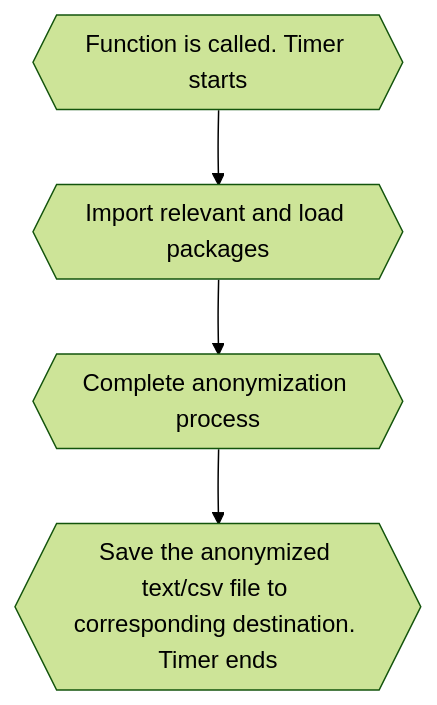
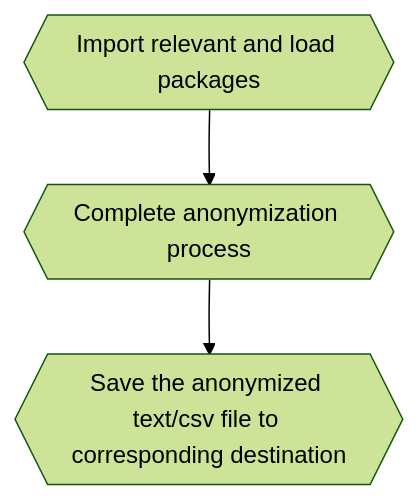
One commit to joeytxy/anonymization_tool changed the third of 4 diagrams in README.md. Above: the diagram before and after it, drawn with Mermaid (forest theme).

````diff
--- a/README.md
+++ b/README.md
@@ -441,6 +441,5 @@
 ```mermaid
 graph TD;
-    A{{Function is called. Timer starts}} --> B{{Import relevant and load packages}};
-    B-->C{{Complete anonymization process}}; 
-    C-->D{{Save the anonymized text/csv file to corresponding destination. Timer ends}};
+    B{{Import relevant and load packages}}-->C{{Complete anonymization process}}; 
+    C-->D{{Save the anonymized text/csv file to corresponding destination}};
 ```
````
